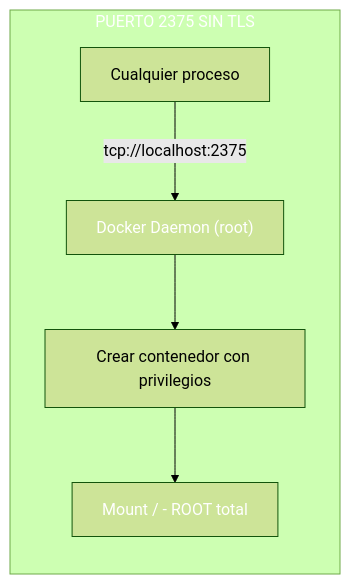
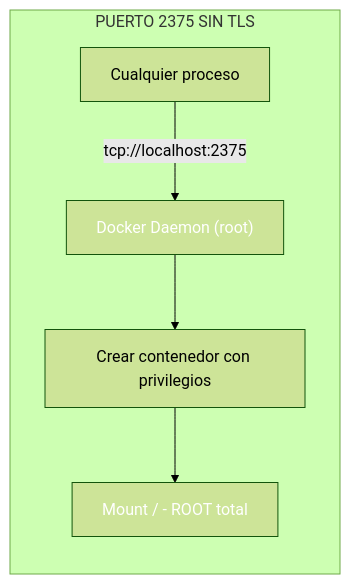
Before and after one commit to joseluisgs/DesarrolloWebEntornosServidor-01-2026-2027: the second of 3 diagrams in 22-testing-avanzado.md, drawn with Mermaid (forest theme). The commit also changed other lines of this file and 15 other files, not shown here.

Commit message:
docs: quitar el relleno a los subgraf de los diagramas y corregir comillas y rayas sueltas

````diff
--- a/22-testing-avanzado.md
+++ b/22-testing-avanzado.md
@@ -591,12 +589,11 @@
 ```mermaid
 graph LR
     subgraph DANGER["PUERTO 2375 SIN TLS"]
         A["Cualquier proceso"] -->|"tcp://localhost:2375"| B["Docker Daemon (root)"]
         B --> C["Crear contenedor con privilegios"]
         C --> D["Mount / - ROOT total"]
     end
 
-    style DANGER fill:#f4433,color:#fff6,color:#fff
     style B fill:#f4433,color:#fff6,color:#fff
     style D fill:#f4433,color:#fff6,color:#fff
 ```
````
